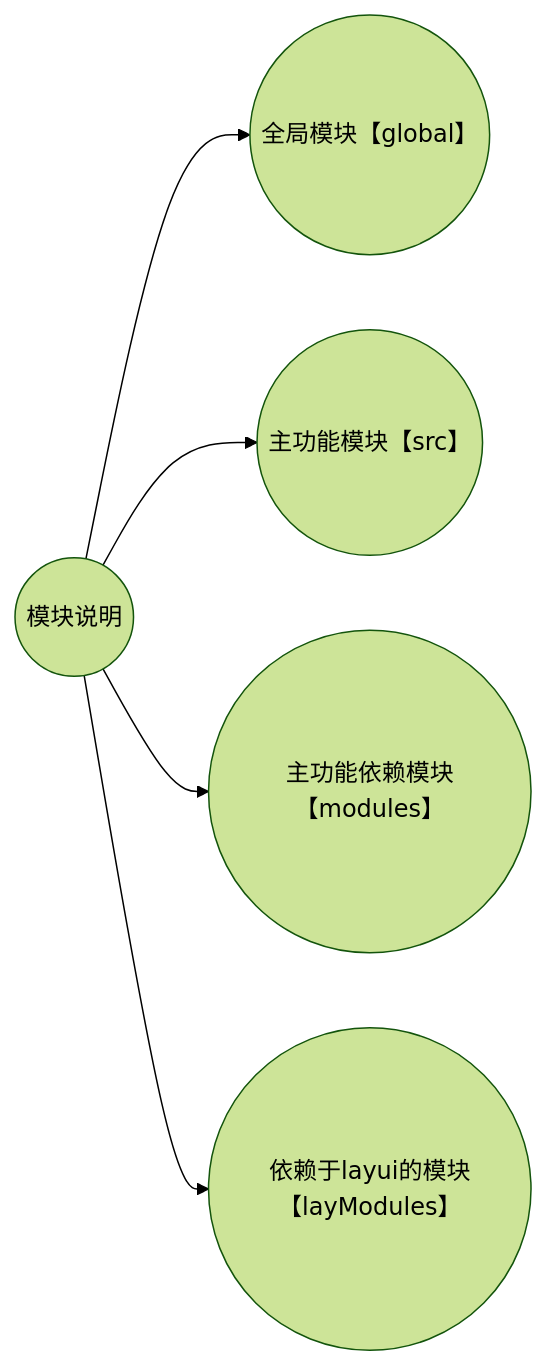
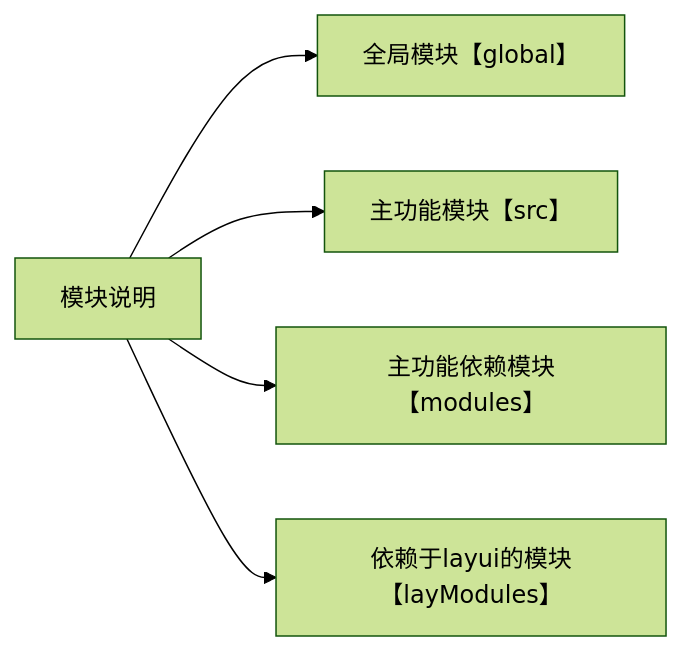
One commit to IsolatedTraveler/commonUtil changed the diagram in README.md. Above: the diagram before and after it, drawn with Mermaid (forest theme).

````diff
--- a/README.md
+++ b/README.md
@@ -10,13 +10,13 @@
 ```mermaid
 graph LR
 
-A((模块说明))
-B((全局模块【global】))
-C((主功能模块【src】))
-D((主功能依赖模块【modules】))
-E((依赖于layui的模块【layModules】))
+A["模块说明"]
+B["全局模块【global】"]
+C["主功能模块【src】"]
+D["主功能依赖模块【modules】"]
+E["依赖于layui的模块【layModules】"]
 A-->B
 A-->C
 A-->D
 A-->E
 ```
````
